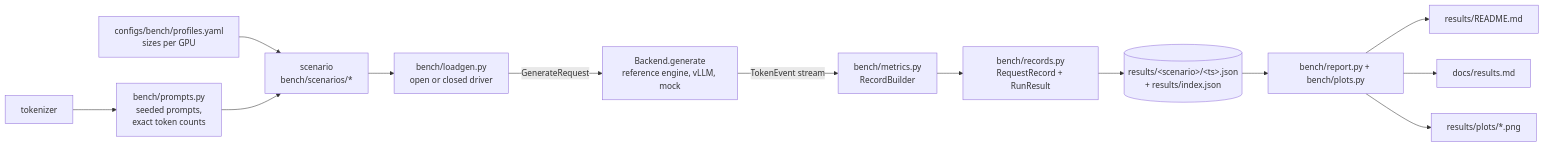
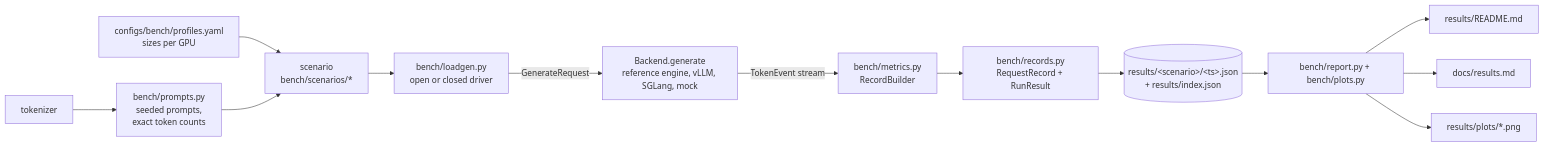
Before and after one commit to sripadha/turboserve: the diagram in docs/benchmarking.md, drawn with Mermaid. The commit also changed other lines of this file and 38 other files, not shown here.

````diff
--- a/docs/benchmarking.md
+++ b/docs/benchmarking.md
@@ -29,15 +29,15 @@
 ```mermaid
 flowchart LR
   P[configs/bench/profiles.yaml<br/>sizes per GPU] --> S
   T[tokenizer] --> PR[bench/prompts.py<br/>seeded prompts,<br/>exact token counts]
   PR --> S[scenario<br/>bench/scenarios/*]
   S --> LG[bench/loadgen.py<br/>open or closed driver]
-  LG -->|GenerateRequest| B[Backend.generate<br/>reference engine, vLLM, mock]
+  LG -->|GenerateRequest| B["Backend.generate<br/>reference engine, vLLM, SGLang, mock"]
   B -->|TokenEvent stream| RB[bench/metrics.py<br/>RecordBuilder]
   RB --> RR[bench/records.py<br/>RequestRecord + RunResult]
   RR --> J[(results/&lt;scenario&gt;/&lt;ts&gt;.json<br/>+ results/index.json)]
   J --> RP[bench/report.py + bench/plots.py]
   RP --> MD1[results/README.md]
   RP --> MD2[docs/results.md]
   RP --> PNG[results/plots/*.png]
 ```
````
